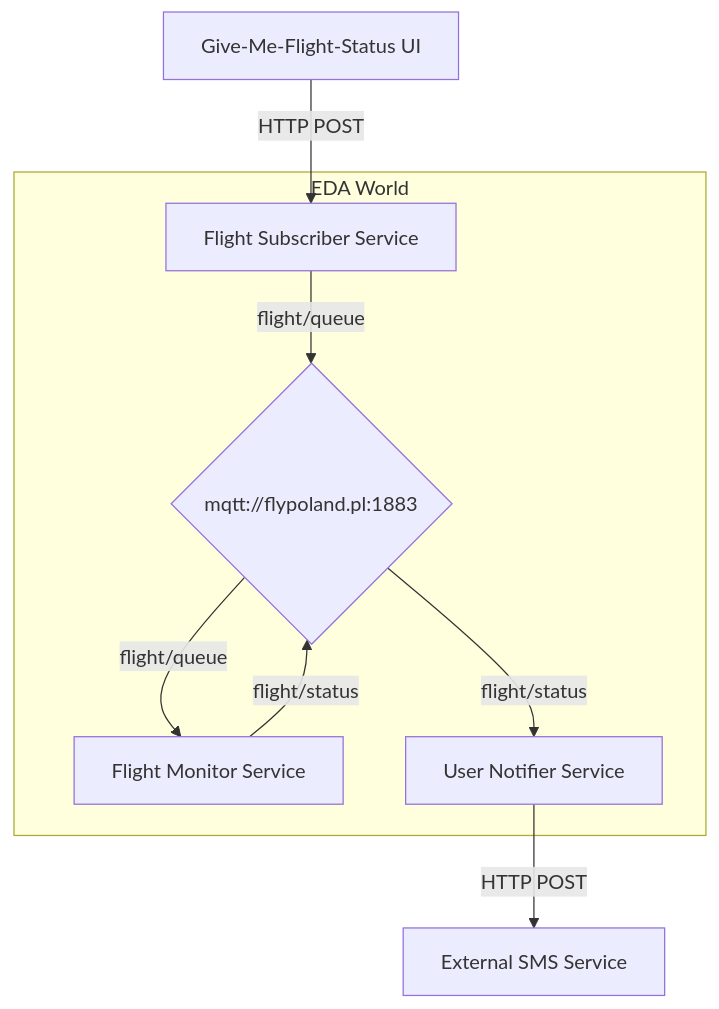
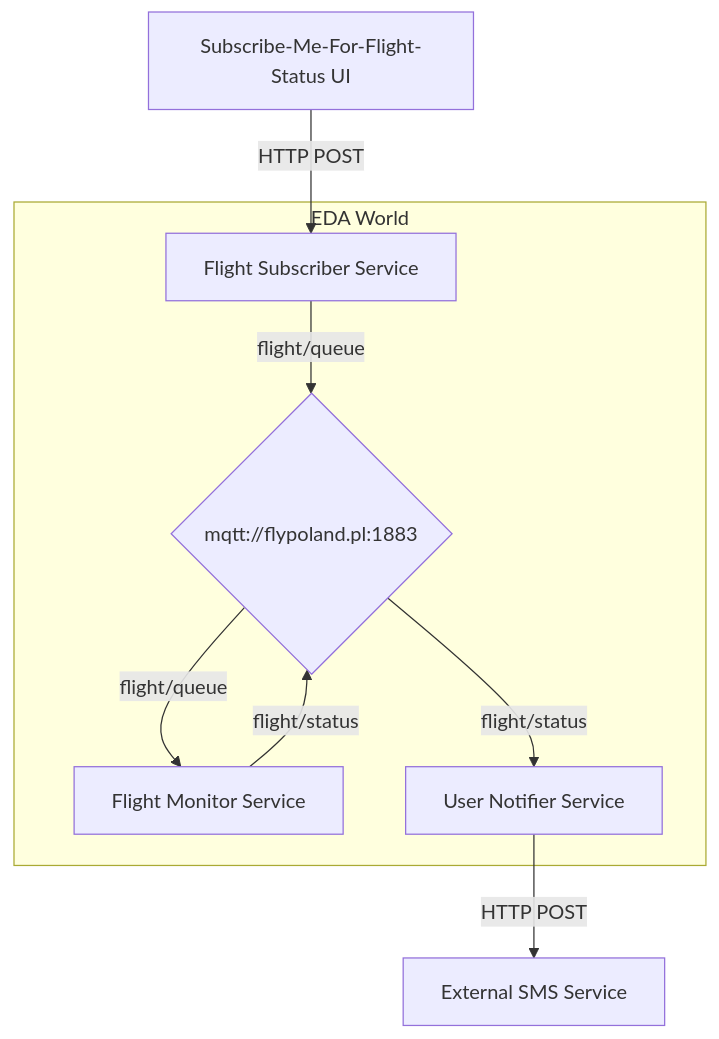
Before and after one commit to derberg/Documenting-Event-Driven-Architectures---Workshop-Script: the sixth of 6 diagrams in scripts/theory.md, drawn with Mermaid. The commit also changed other lines of this file and 2 other files, not shown here.

````diff
--- a/scripts/theory.md
+++ b/scripts/theory.md
@@ -145,17 +148,17 @@
     ```mermaid
     graph TD
-        NotificationSubscribeUI[Give-Me-Flight-Status UI]
+        NotificationSubscribeUI[Subscribe-Me-For-Flight-Status UI]
         NotificationSubscribeUI -- HTTP POST --> FlightSubscriberService
       subgraph EDA World
         FlightMonitorService[Flight Monitor Service]
         server1{mqtt://flypoland.pl:1883}
         FlightMonitorService -- flight/status --> server1
         FlightNotifierService[User Notifier Service]
         server1 -- flight/status --> FlightNotifierService
         FlightSubscriberService[Flight Subscriber Service]
         FlightSubscriberService -- flight/queue --> server1
         server1 -- flight/queue --> FlightMonitorService
       end
       SMSService[External SMS Service]
       FlightNotifierService -- HTTP POST --> SMSService
     ```
````
